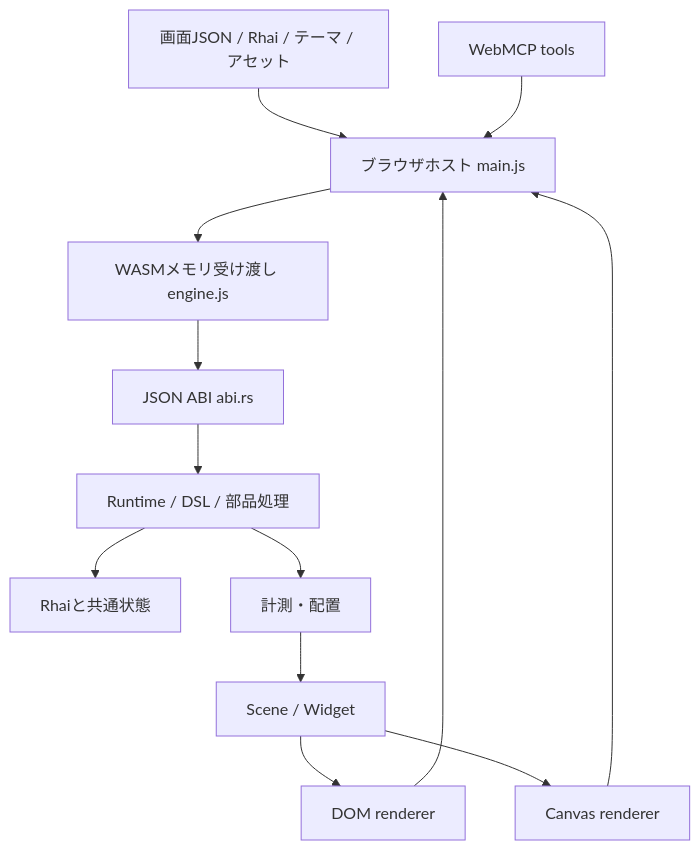
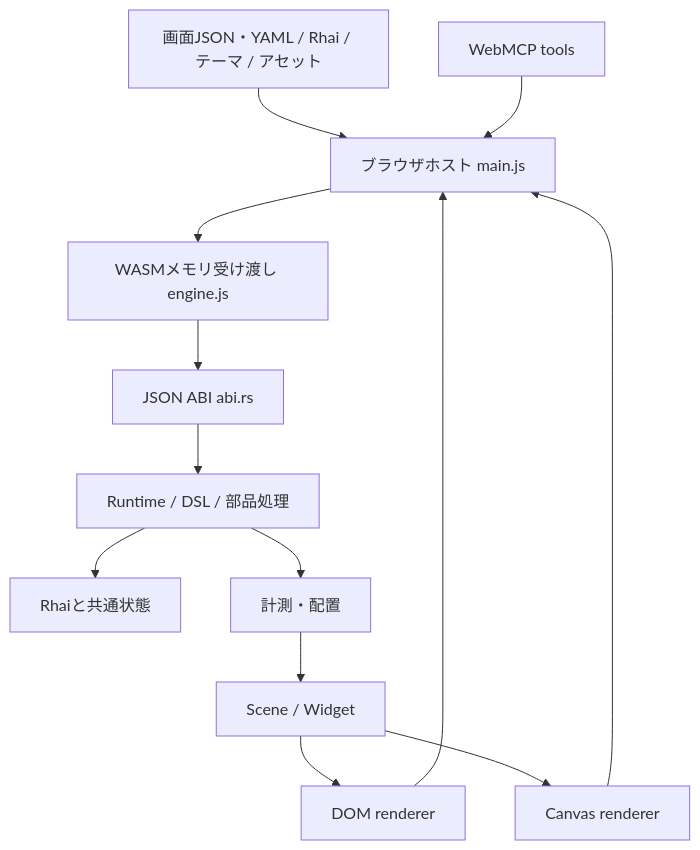
One commit to 6in/uivolve-web changed the diagram in docs/architecture.md. Above: the diagram before and after it, drawn with Mermaid. The commit also changed other lines of this file and 34 other files, not shown here.

````diff
--- a/docs/architecture.md
+++ b/docs/architecture.md
@@ -5,15 +5,15 @@
 ```mermaid
 flowchart TD
-    Files[画面JSON / Rhai / テーマ / アセット] --> Host[ブラウザホスト main.js]
+    Files[画面JSON・YAML / Rhai / テーマ / アセット] --> Host[ブラウザホスト main.js]
     Host --> Bridge[WASMメモリ受け渡し engine.js]
     Bridge --> ABI[JSON ABI abi.rs]
     ABI --> Runtime[Runtime / DSL / 部品処理]
     Runtime --> State[Rhaiと共通状態]
     Runtime --> Layout[計測・配置]
     Layout --> Scene[Scene / Widget]
     Scene --> DOM[DOM renderer]
     Scene --> Canvas[Canvas renderer]
     Tools[WebMCP tools] --> Host
     DOM --> Host
     Canvas --> Host
 ```
````
